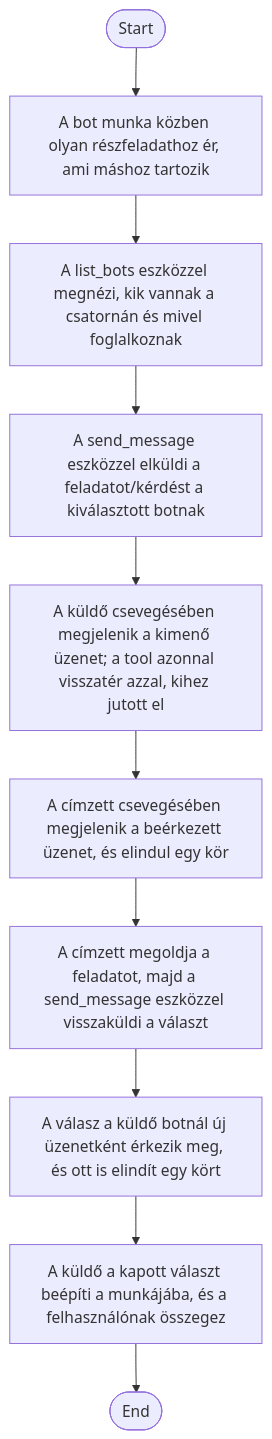
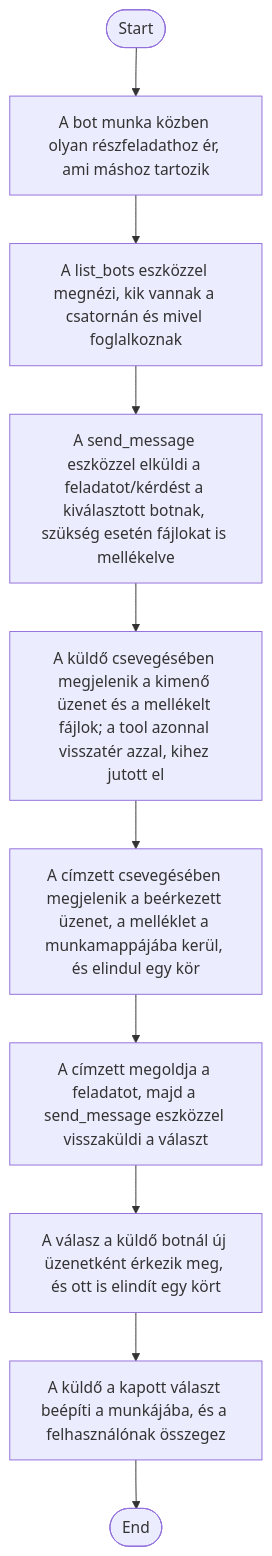
The diagram in docs/use-cases/uc-021-feladat-delegalasa-masik-botnak.md (simont-infomix/Claudebot), drawn with Mermaid before and after one commit. The commit also changed other lines of this file and 4 other files, not shown here.

````diff
--- a/docs/use-cases/uc-021-feladat-delegalasa-masik-botnak.md
+++ b/docs/use-cases/uc-021-feladat-delegalasa-masik-botnak.md
@@ -33,12 +36,12 @@
 ```mermaid
 flowchart TD
     A(["Start"]) --> B["A bot munka közben olyan részfeladathoz ér, ami máshoz tartozik"]
     B --> C["A list_bots eszközzel megnézi, kik vannak a csatornán és mivel foglalkoznak"]
-    C --> D["A send_message eszközzel elküldi a feladatot/kérdést a kiválasztott botnak"]
-    D --> E["A küldő csevegésében megjelenik a kimenő üzenet; a tool azonnal visszatér azzal, kihez jutott el"]
-    E --> F["A címzett csevegésében megjelenik a beérkezett üzenet, és elindul egy kör"]
+    C --> D["A send_message eszközzel elküldi a feladatot/kérdést a kiválasztott botnak, szükség esetén fájlokat is mellékelve"]
+    D --> E["A küldő csevegésében megjelenik a kimenő üzenet és a mellékelt fájlok; a tool azonnal visszatér azzal, kihez jutott el"]
+    E --> F["A címzett csevegésében megjelenik a beérkezett üzenet, a melléklet a munkamappájába kerül, és elindul egy kör"]
     F --> G["A címzett megoldja a feladatot, majd a send_message eszközzel visszaküldi a választ"]
     G --> H["A válasz a küldő botnál új üzenetként érkezik meg, és ott is elindít egy kört"]
     H --> I["A küldő a kapott választ beépíti a munkájába, és a felhasználónak összegez"]
     I --> J(["End"])
 ```
````
